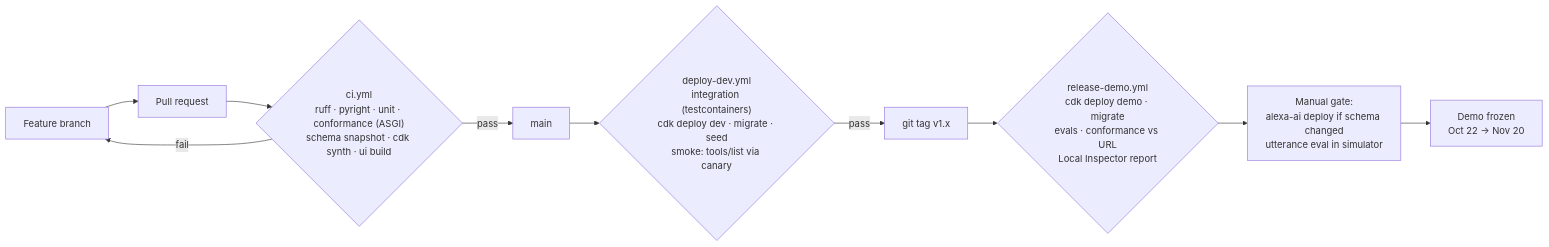
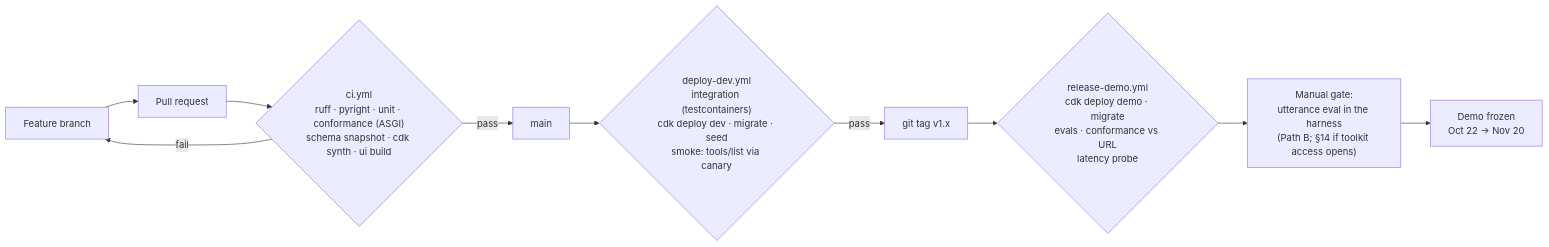
Diagram 17 of 20 in docs/TECHNICAL.md (BugHunterX2101/watchfloor), drawn with Mermaid before and after one commit. The commit also changed other lines of this file and 4 other files, not shown here.

Commit message:
Path B across the docs: blocked spikes, no Inspector CI step, utterance sheet in the harness

````diff
--- a/docs/TECHNICAL.md
+++ b/docs/TECHNICAL.md
@@ -634,12 +634,12 @@
 ```mermaid
 flowchart LR
   DEV["Feature branch"] --> PR["Pull request"]
   PR --> CI{"ci.yml<br/>ruff · pyright · unit · conformance (ASGI)<br/>schema snapshot · cdk synth · ui build"}
   CI -- fail --> DEV
   CI -- pass --> MAIN["main"]
   MAIN --> DD{"deploy-dev.yml<br/>integration (testcontainers)<br/>cdk deploy dev · migrate · seed<br/>smoke: tools/list via canary"}
   DD -- pass --> TAG["git tag v1.x"]
-  TAG --> RD{"release-demo.yml<br/>cdk deploy demo · migrate<br/>evals · conformance vs URL<br/>Local Inspector report"}
-  RD --> MAN["Manual gate:<br/>alexa-ai deploy if schema changed<br/>utterance eval in simulator"]
+  TAG --> RD{"release-demo.yml<br/>cdk deploy demo · migrate<br/>evals · conformance vs URL<br/>latency probe"}
+  RD --> MAN["Manual gate:<br/>utterance eval in the harness<br/>(Path B; §14 if toolkit access opens)"]
   MAN --> FREEZE["Demo frozen<br/>Oct 22 → Nov 20"]
 ```
````
